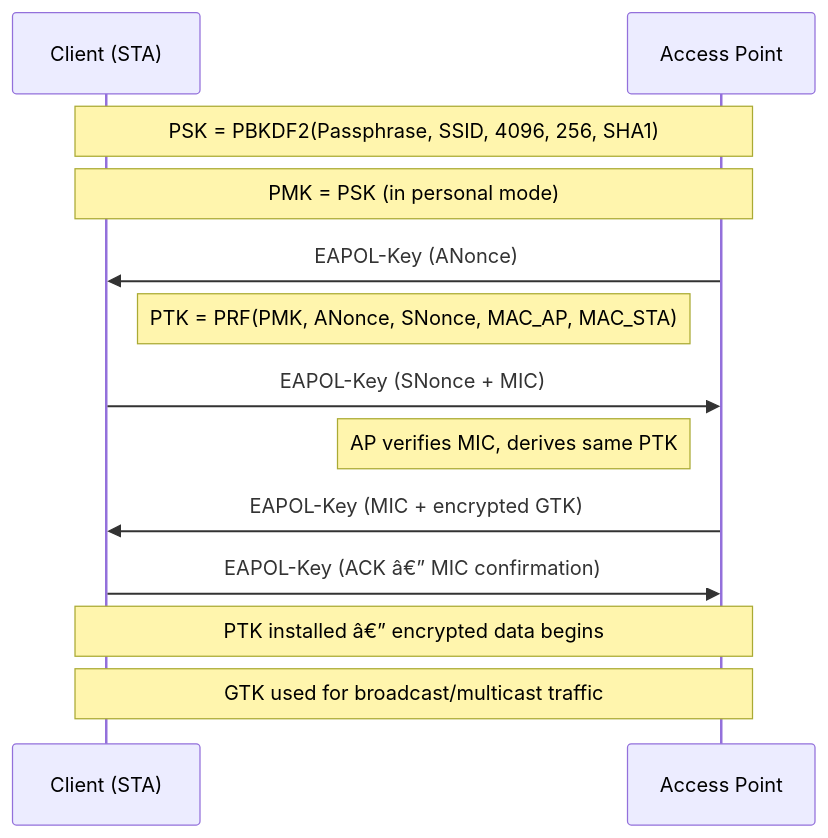
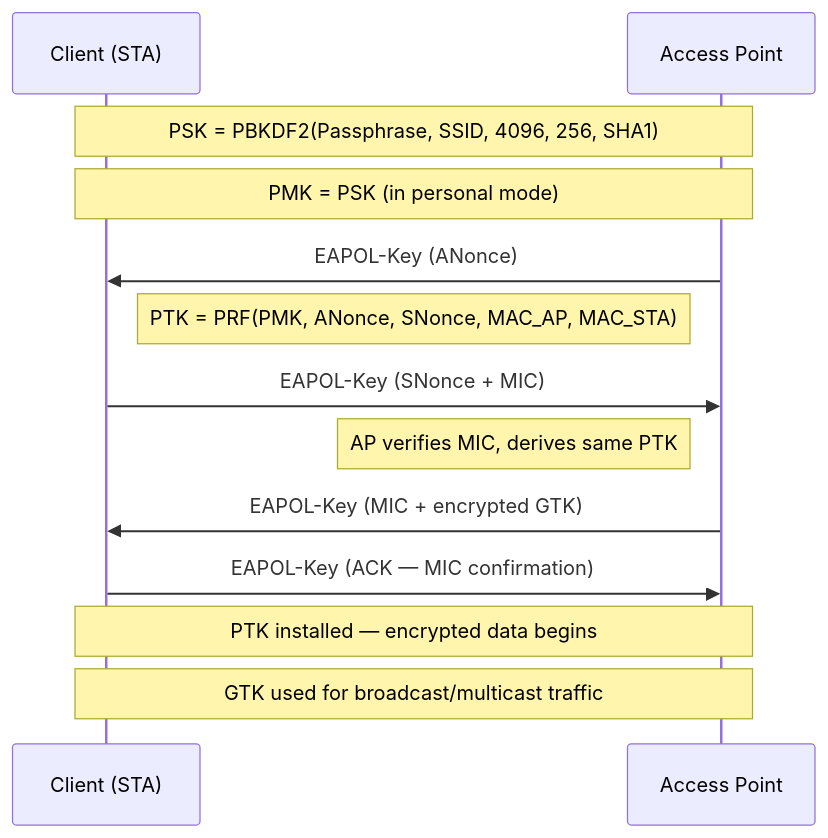
One commit to Raushan666java/ai-engineering-journey changed the first of 7 diagrams in docs/courses/cyber-security/14-wireless-iot-embedded.md. Above: the diagram before and after it, drawn with Mermaid. The commit also changed other lines of this file and 965 other files, not shown here.

````diff
--- a/docs/courses/cyber-security/14-wireless-iot-embedded.md
+++ b/docs/courses/cyber-security/14-wireless-iot-embedded.md
@@ -182,15 +182,15 @@
 ```mermaid
 sequenceDiagram
     participant STA as Client (STA)
     participant AP as Access Point
     Note over STA,AP: PSK = PBKDF2(Passphrase, SSID, 4096, 256, SHA1)
     Note over STA,AP: PMK = PSK (in personal mode)
     AP->>STA: EAPOL-Key (ANonce)
     Note right of STA: PTK = PRF(PMK, ANonce, SNonce, MAC_AP, MAC_STA)
     STA->>AP: EAPOL-Key (SNonce + MIC)
     Note left of AP: AP verifies MIC, derives same PTK
     AP->>STA: EAPOL-Key (MIC + encrypted GTK)
-    STA->>AP: EAPOL-Key (ACK â€” MIC confirmation)
-    Note over STA,AP: PTK installed â€” encrypted data begins
+    STA->>AP: EAPOL-Key (ACK — MIC confirmation)
+    Note over STA,AP: PTK installed — encrypted data begins
     Note over STA,AP: GTK used for broadcast/multicast traffic
 ```
````
